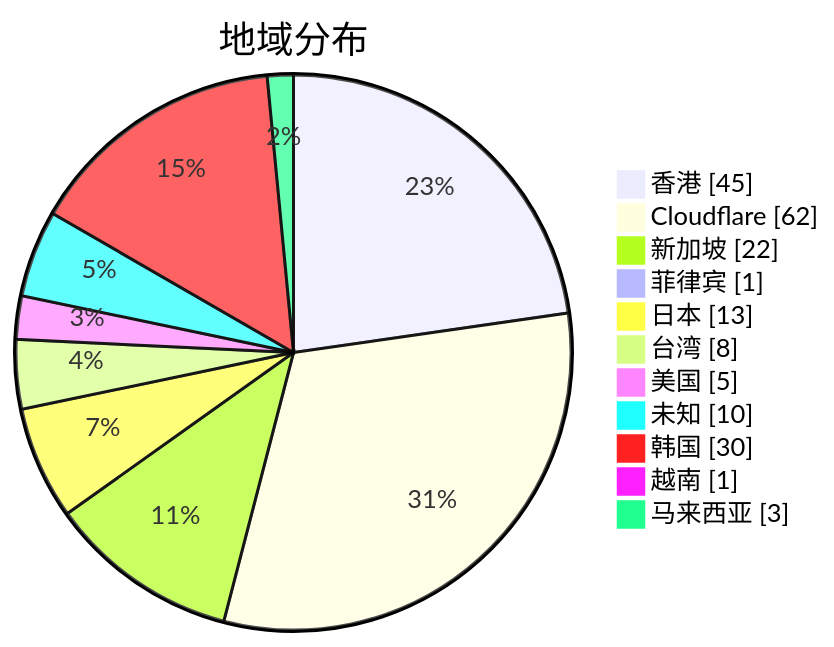
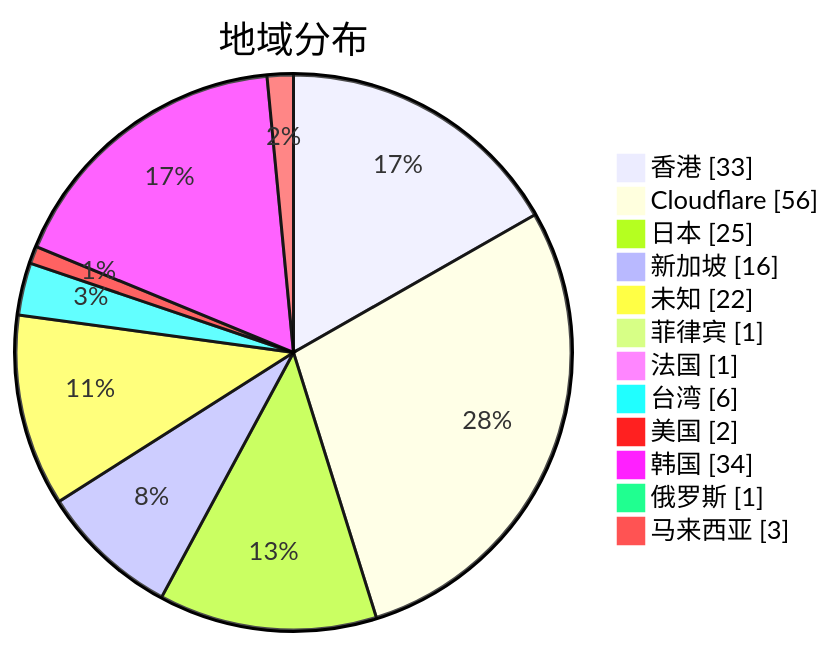
Before and after one commit to qjlxg/airport: the second of 3 diagrams in subs/statistics/tested_within.md, drawn with Mermaid. The commit also changed other lines of this file and 2 other files, not shown here.

````diff
--- a/subs/statistics/tested_within.md
+++ b/subs/statistics/tested_within.md
@@ -12,15 +13,16 @@
 ```mermaid
 pie showData
 title 地域分布
-"香港" : 45
-"Cloudflare" : 62
-"新加坡" : 22
+"香港" : 33
+"Cloudflare" : 56
+"日本" : 25
+"新加坡" : 16
+"未知" : 22
 "菲律宾" : 1
-"日本" : 13
-"台湾" : 8
-"美国" : 5
-"未知" : 10
-"韩国" : 30
-"越南" : 1
+"法国" : 1
+"台湾" : 6
+"美国" : 2
+"韩国" : 34
+"俄罗斯" : 1
 "马来西亚" : 3
 ```
````
